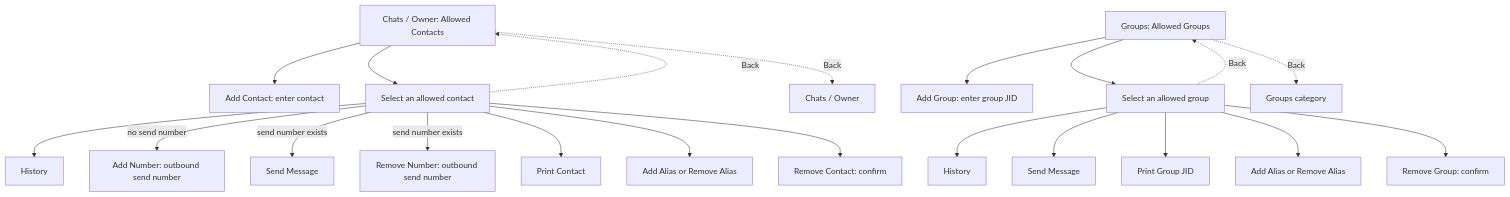
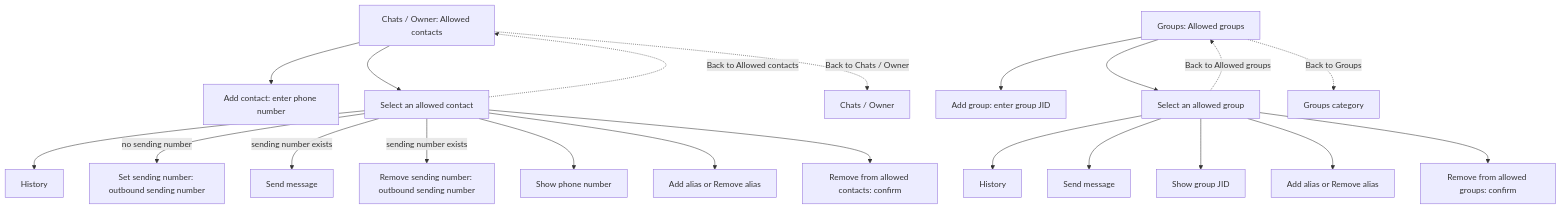
The third of 11 diagrams in docs/menu-diagrams.md (jagaliano/whatsapp-ng), drawn with Mermaid before and after one commit. The commit also changed other lines of this file and 33 other files, not shown here.

````diff
--- a/docs/menu-diagrams.md
+++ b/docs/menu-diagrams.md
@@ -69,26 +70,26 @@
 ```mermaid
 flowchart TB
-    Contacts["Chats / Owner: Allowed Contacts"]
-    Contacts --> AddContact["Add Contact: enter contact"]
+    Contacts["Chats / Owner: Allowed contacts"]
+    Contacts --> AddContact["Add contact: enter phone number"]
     Contacts --> Contact["Select an allowed contact"]
     Contact --> CHistory["History"]
-    Contact -->|"no send number"| AddNumber["Add Number: outbound send number"]
-    Contact -->|"send number exists"| CSend["Send Message"]
-    Contact -->|"send number exists"| RemoveNumber["Remove Number: outbound send number"]
-    Contact --> CPrint["Print Contact"]
-    Contact --> CAlias["Add Alias or Remove Alias"]
-    Contact --> CRemove["Remove Contact: confirm"]
-    Contact -. "Back" .-> Contacts
-    Contacts -. "Back" .-> Chats["Chats / Owner"]
+    Contact -->|"no sending number"| AddNumber["Set sending number: outbound sending number"]
+    Contact -->|"sending number exists"| CSend["Send message"]
+    Contact -->|"sending number exists"| RemoveNumber["Remove sending number: outbound sending number"]
+    Contact --> CPrint["Show phone number"]
+    Contact --> CAlias["Add alias or Remove alias"]
+    Contact --> CRemove["Remove from allowed contacts: confirm"]
+    Contact -. "Back to Allowed contacts" .-> Contacts
+    Contacts -. "Back to Chats / Owner" .-> Chats["Chats / Owner"]
 
-    Groups["Groups: Allowed Groups"]
-    Groups --> AddGroup["Add Group: enter group JID"]
+    Groups["Groups: Allowed groups"]
+    Groups --> AddGroup["Add group: enter group JID"]
     Groups --> Group["Select an allowed group"]
     Group --> GHistory["History"]
-    Group --> GSend["Send Message"]
-    Group --> GPrint["Print Group JID"]
-    Group --> GAlias["Add Alias or Remove Alias"]
-    Group --> GRemove["Remove Group: confirm"]
-    Group -. "Back" .-> Groups
-    Groups -. "Back" .-> GroupCategory["Groups category"]
+    Group --> GSend["Send message"]
+    Group --> GPrint["Show group JID"]
+    Group --> GAlias["Add alias or Remove alias"]
+    Group --> GRemove["Remove from allowed groups: confirm"]
+    Group -. "Back to Allowed groups" .-> Groups
+    Groups -. "Back to Groups" .-> GroupCategory["Groups category"]
 ```
````
